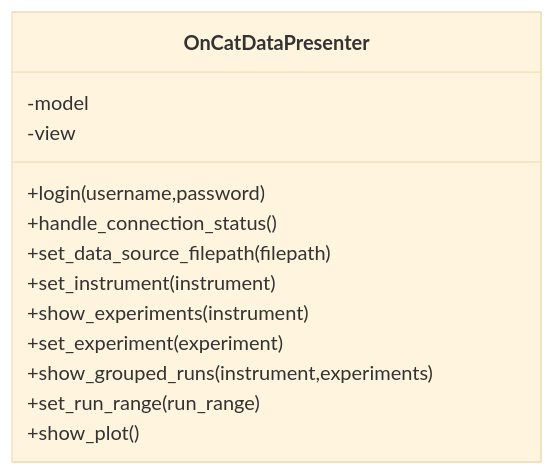
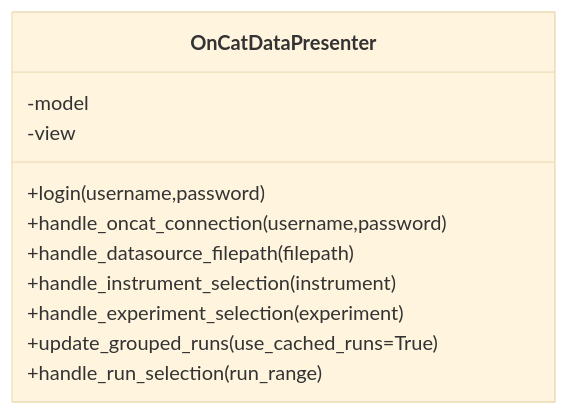
One commit to neutrons/garnet changed the second of 9 diagrams in docs/source/design/oncat_mvp.rst. Above: the diagram before and after it, drawn with Mermaid (base theme). The commit also changed other lines of this file and 6 other files, not shown here.

```diff
--- a/docs/source/design/oncat_mvp.rst
+++ b/docs/source/design/oncat_mvp.rst
@@ -66,16 +63,14 @@
 .. mermaid::
 
  classDiagram
     class OnCatDataPresenter{
        -model
        -view
         +login(username,password)
-        +handle_connection_status()
-        +set_data_source_filepath(filepath)
-        +set_instrument(instrument)
-        +show_experiments(instrument)
-        +set_experiment(experiment)
-        +show_grouped_runs(instrument,experiments)
-        +set_run_range(run_range)
-        +show_plot()
+        +handle_oncat_connection(username,password)
+        +handle_datasource_filepath(filepath)
+        +handle_instrument_selection(instrument)
+        +handle_experiment_selection(experiment)
+        +update_grouped_runs(use_cached_runs=True)
+        +handle_run_selection(run_range)
     }
```
